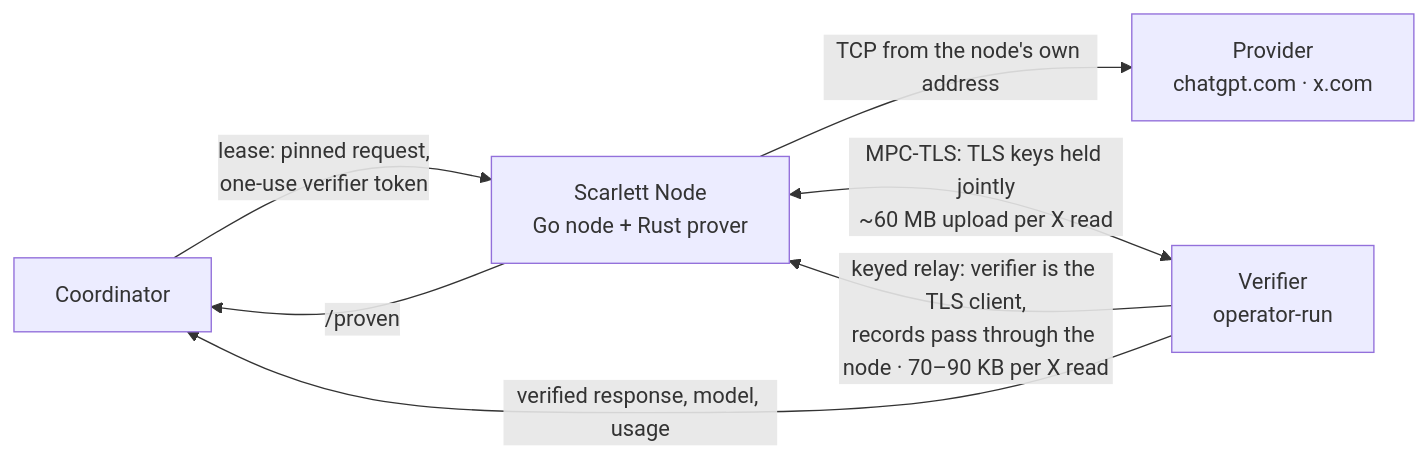
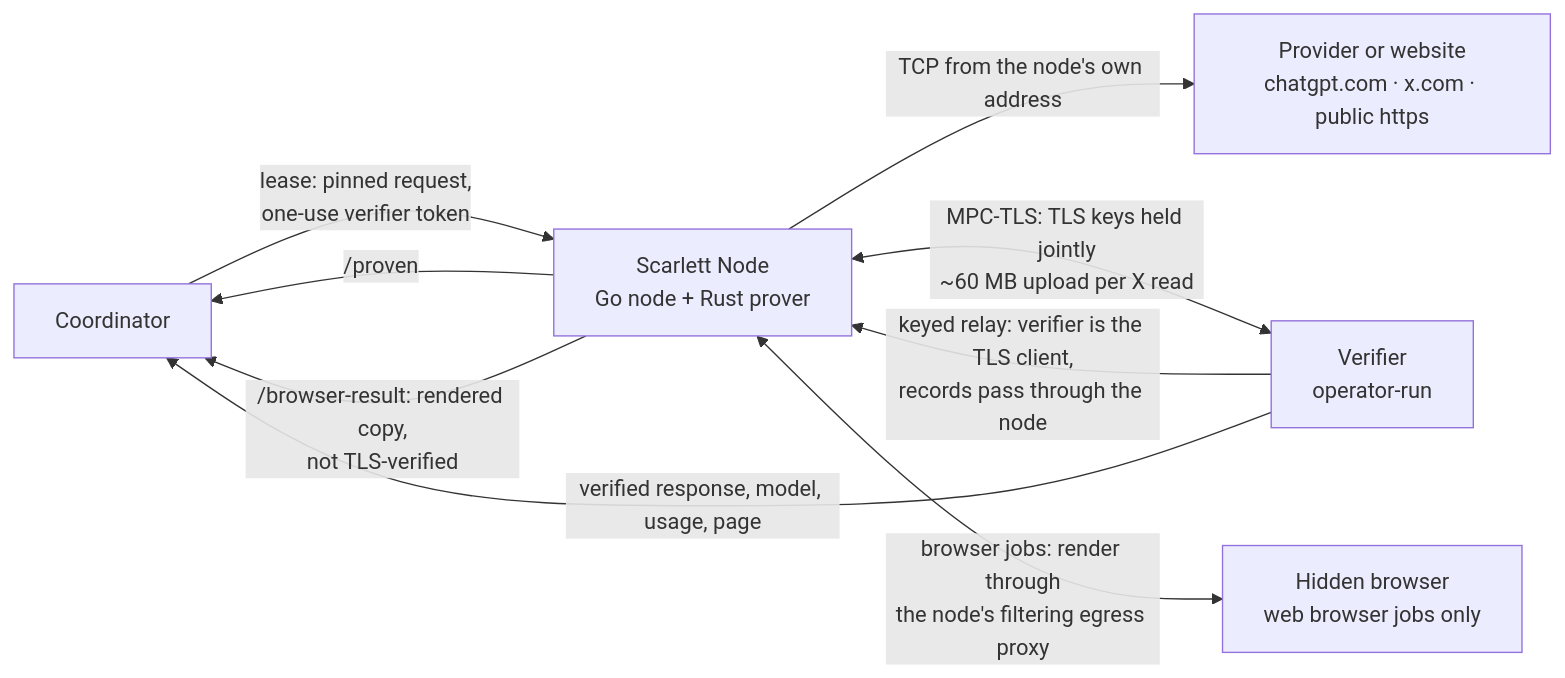
One commit to teslashibe/scarlett-node changed the diagram in README.md. Above: the diagram before and after it, drawn with Mermaid. The commit also changed other lines of this file and 104 other files, not shown here.

````diff
--- a/README.md
+++ b/README.md
@@ -43,14 +45,17 @@
 ```mermaid
 flowchart LR
     C["Coordinator"]
     N["Scarlett Node<br/>Go node + Rust prover"]
+    B["Hidden browser<br/>web browser jobs only"]
     V["Verifier<br/>operator-run"]
-    P["Provider<br/>chatgpt.com · x.com"]
+    P["Provider or website<br/>chatgpt.com · x.com · public https"]
 
     C -- "lease: pinned request,<br/>one-use verifier token" --> N
     N -- "/proven" --> C
     N -- "TCP from the node's own address" --> P
     N <-- "MPC-TLS: TLS keys held jointly<br/>~60 MB upload per X read" --> V
-    V -- "keyed relay: verifier is the TLS client,<br/>records pass through the node · 70–90 KB per X read" --> N
-    V -- "verified response, model, usage" --> C
+    V -- "keyed relay: verifier is the TLS client,<br/>records pass through the node" --> N
+    N <-- "browser jobs: render through<br/>the node's filtering egress proxy" --> B
+    N -- "/browser-result: rendered copy,<br/>not TLS-verified" --> C
+    V -- "verified response, model, usage, page" --> C
 ```
````
